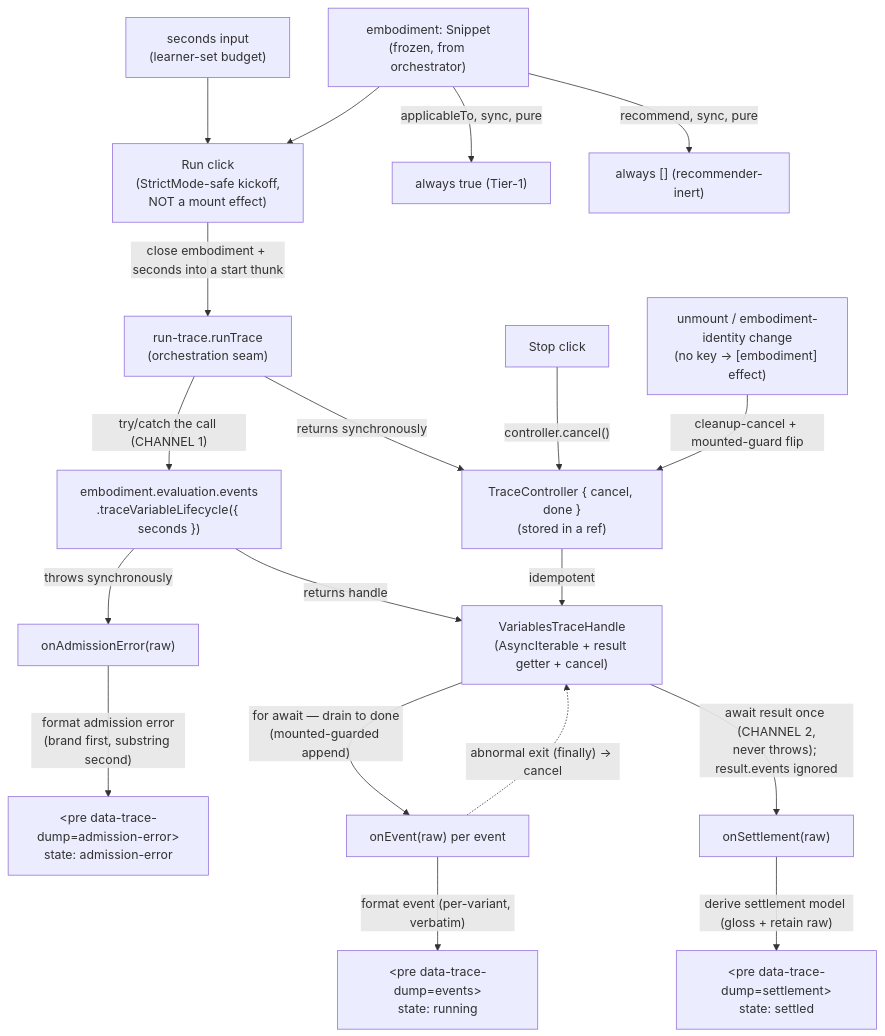
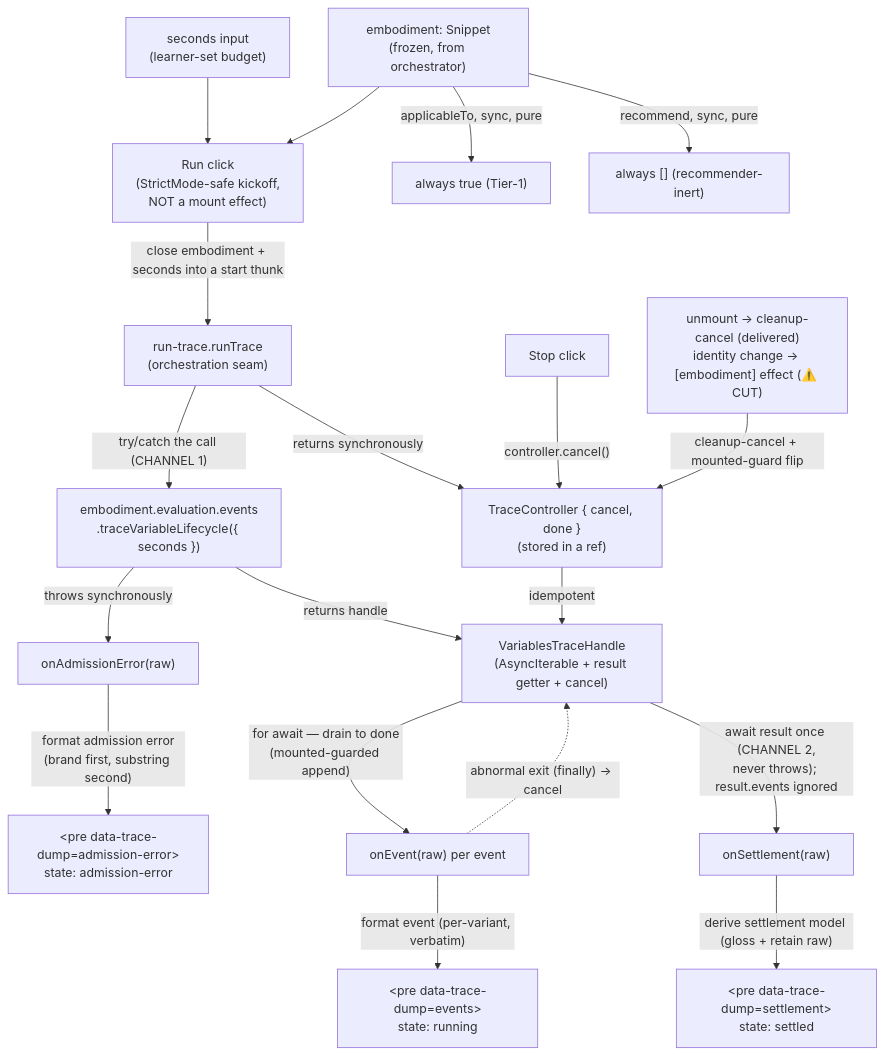
One commit to codeschoolinabox/curricula changed the diagram in src/lib/study-lenses/lenses/trace-debugging/DOCS.md. Above: the diagram before and after it, drawn with Mermaid. The commit also changed other lines of this file and 2 other files, not shown here.

First line of the commit message:
docs: mark cut features + fix the stale void comment (trace-debugging dev-only reframe)

````diff
--- a/src/lib/study-lenses/lenses/trace-debugging/DOCS.md
+++ b/src/lib/study-lenses/lenses/trace-debugging/DOCS.md
@@ -192,31 +209,31 @@
 ```mermaid
 flowchart TD
     EmbodimentProp["embodiment: Snippet<br/>(frozen, from orchestrator)"]
     SecondsInput["seconds input<br/>(learner-set budget)"]
     RunClick["Run click<br/>(StrictMode-safe kickoff,<br/>NOT a mount effect)"]
     StopClick["Stop click"]
-    Teardown["unmount / embodiment-identity change<br/>(no key → [embodiment] effect)"]
+    Teardown["unmount → cleanup-cancel (delivered)<br/>identity change → [embodiment] effect (⚠️ CUT)"]
 
     SecondsInput --> RunClick
     EmbodimentProp --> RunClick
     RunClick -->|"close embodiment + seconds into a start thunk"| Seam["run-trace.runTrace<br/>(orchestration seam)"]
 
     Seam -->|"try/catch the call (CHANNEL 1)"| Call["embodiment.evaluation.events<br/>.traceVariableLifecycle({ seconds })"]
     Call -->|"throws synchronously"| Admission["onAdmissionError(raw)"]
     Admission -->|"format admission error<br/>(brand first, substring second)"| AdmDump["&lt;pre data-trace-dump=admission-error&gt;<br/>state: admission-error"]
 
     Call -->|"returns handle"| Handle["VariablesTraceHandle<br/>(AsyncIterable + result getter + cancel)"]
     Handle -->|"for await — drain to done<br/>(mounted-guarded append)"| Drain["onEvent(raw) per event"]
     Drain -->|"format event (per-variant, verbatim)"| EvDump["&lt;pre data-trace-dump=events&gt;<br/>state: running"]
     Drain -.->|"abnormal exit (finally) → cancel"| Handle
     Handle -->|"await result once (CHANNEL 2,<br/>never throws); result.events ignored"| Settle["onSettlement(raw)"]
     Settle -->|"derive settlement model (gloss + retain raw)"| SetDump["&lt;pre data-trace-dump=settlement&gt;<br/>state: settled"]
 
     Seam -->|"returns synchronously"| Controller["TraceController { cancel, done }<br/>(stored in a ref)"]
     StopClick -->|"controller.cancel()"| Controller
     Teardown -->|"cleanup-cancel + mounted-guard flip"| Controller
     Controller -->|"idempotent"| Handle
 
     EmbodimentProp -->|"applicableTo, sync, pure"| Applicable["always true (Tier-1)"]
     EmbodimentProp -->|"recommend, sync, pure"| Recs["always [] (recommender-inert)"]
 ```
````
